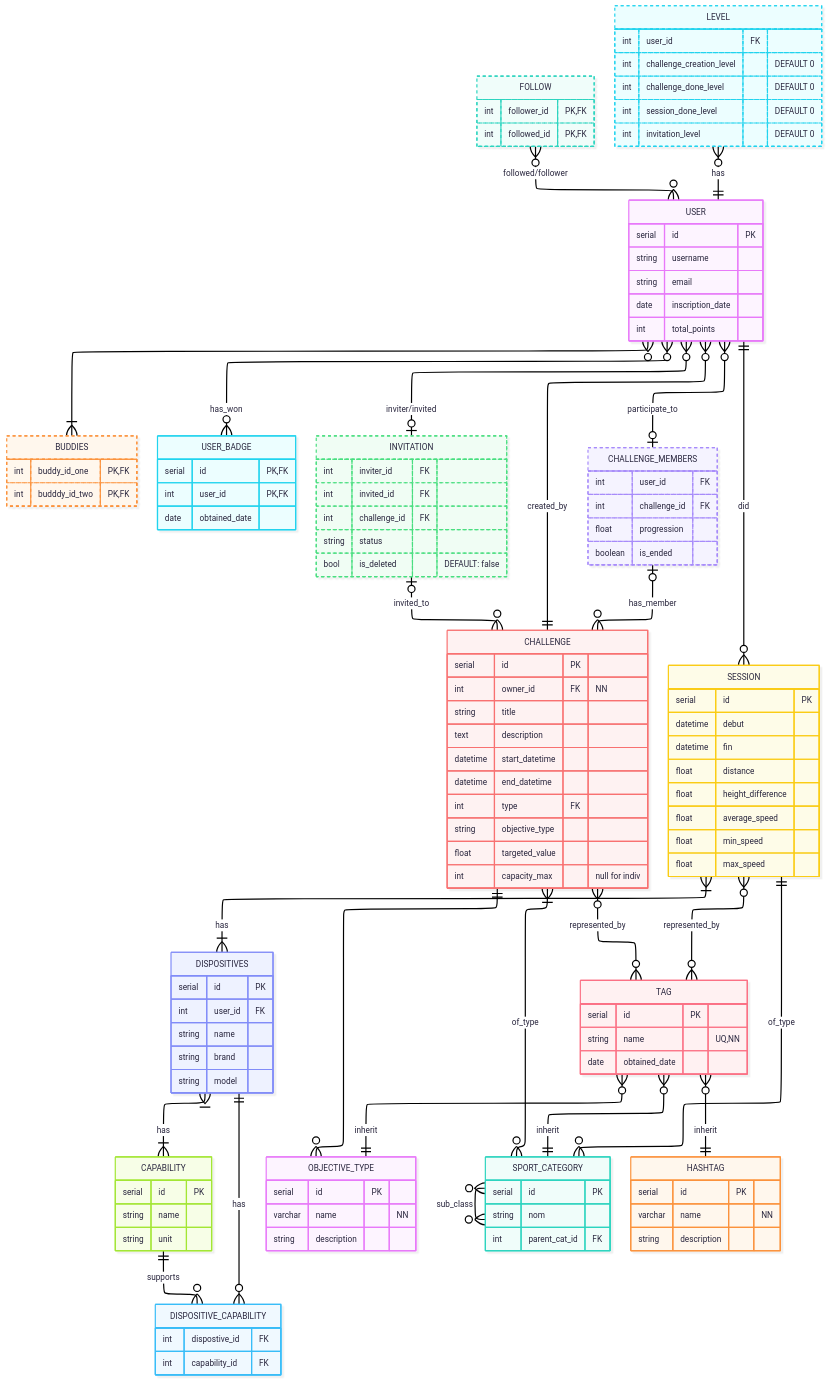
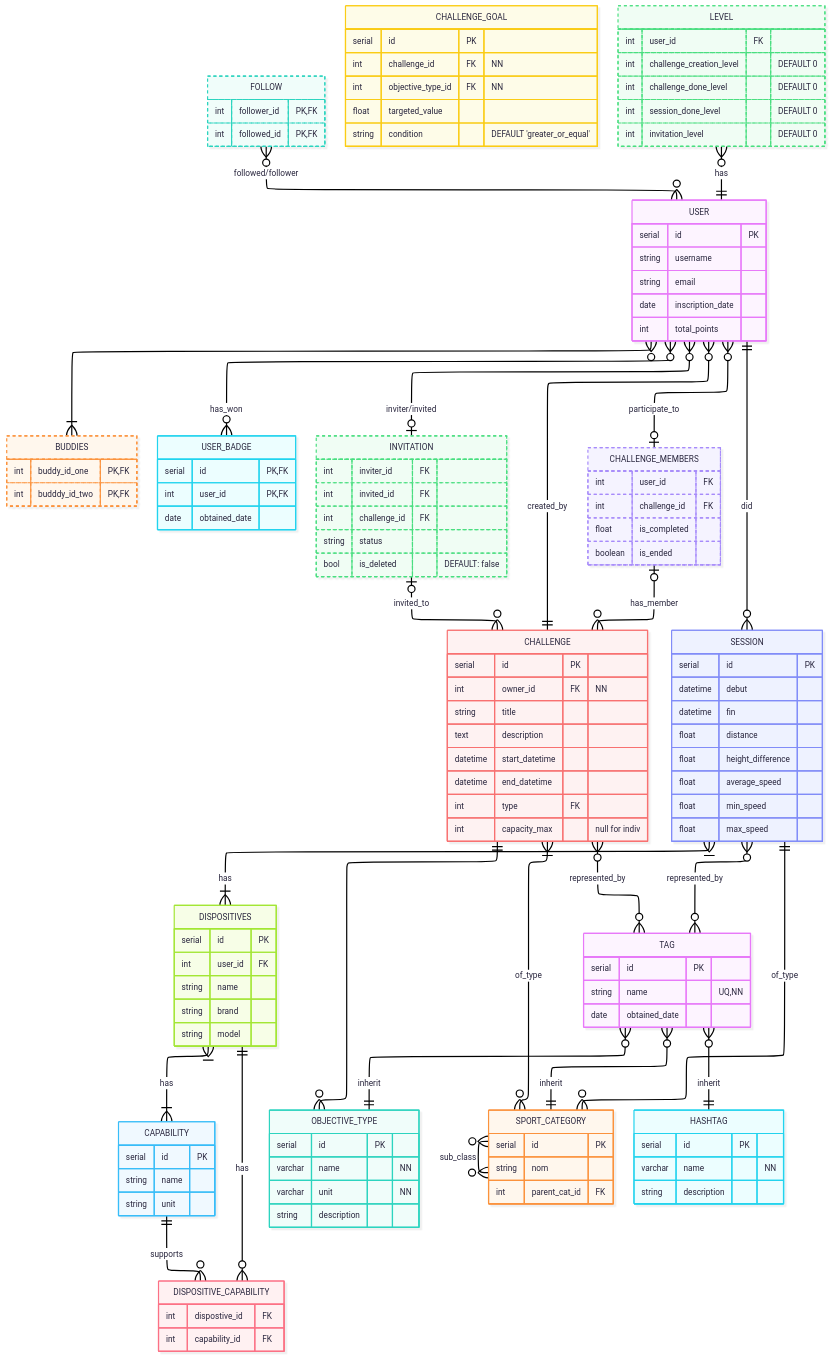
Before and after one commit to pax-projects/college-sql-project-2026: the diagram in docs/diagram.mermaid, drawn with Mermaid. The commit also changed 3 other files, not shown here.

```diff
--- a/docs/diagram.mermaid
+++ b/docs/diagram.mermaid
@@ -1,161 +1,169 @@
 ---
 config:
   look: neo
   layout: elk
   theme: redux-color
 ---
 erDiagram
 	direction TB
 	USER {
 		serial id PK ""  
 		string username  ""  
 		string email  ""  
 		date inscription_date  ""  
 		int total_points  ""  
 	}
 
 	FOLLOW {
 		int follower_id PK,FK ""  
 		int followed_id PK,FK ""  
 	}
 
 	BUDDIES {
 		int buddy_id_one PK,FK ""  
 		int budddy_id_two PK,FK ""  
 	}
 
 	USER_BADGE {
 		serial id PK,FK ""  
 		int user_id PK,FK ""  
 		date obtained_date  ""  
 	}
 
 	INVITATION {
 		int inviter_id FK ""  
 		int invited_id FK ""  
 		int challenge_id FK ""  
 		string status  ""  
 		bool is_deleted  "DEFAULT: false"  
 	}
 
 	CHALLENGE_MEMBERS {
 		int user_id FK ""  
 		int challenge_id FK ""  
-		float progression  ""  
+		float is_completed  ""  
 		boolean is_ended  ""  
 	}
     
 	CHALLENGE {
 		serial id PK ""  
 		int owner_id FK "NN"  
 		string title  ""  
 		text description  ""  
 		datetime start_datetime  ""  
 		datetime end_datetime  ""  
 		int type FK ""  
-		string objective_type  ""  
-		float targeted_value  ""  
 		int capacity_max  "null for indiv"  
 	}
+
+	CHALLENGE_GOAL {
+		serial id PK ""
+		int challenge_id FK "NN"
+		int objective_type_id FK "NN"
+		float targeted_value ""
+		string condition "DEFAULT 'greater_or_equal'"
+	}
+
 
 	SESSION {
 		serial id PK ""  
 		datetime debut  ""  
 		datetime fin  ""  
 		float distance  ""  
 		float height_difference  ""  
 		float average_speed  ""  
 		float min_speed  ""  
 		float max_speed  ""  
 	}
 
 
     DISPOSITIVES {
         serial id PK ""
         int user_id FK ""
         string name ""
         string brand ""
         string model ""
     }
 
     CAPABILITY {
         serial id PK ""
         string name ""
         string unit ""
     }
 
     DISPOSITIVE_CAPABILITY {
         int dispostive_id FK ""
         int capability_id FK ""
     }
 
 	TAG {
 		serial id PK ""  
 		string name  "UQ,NN"  
 		date obtained_date  ""  
 	}
 
 	OBJECTIVE_TYPE {
 		serial id PK ""  
 		varchar name  "NN"  
+		varchar unit "NN"
 		string description  ""  
 	}
 
 	SPORT_CATEGORY {
 		serial id PK ""  
 		string nom  ""  
 		int parent_cat_id FK ""  
 	}
 
 	HASHTAG {
 		serial id PK ""  
 		varchar name  "NN"  
 		string description  ""  
 	}
 
 	LEVEL {
 		int user_id FK ""  
 		int challenge_creation_level  "DEFAULT 0"  
 		int challenge_done_level  "DEFAULT 0"  
 		int session_done_level  "DEFAULT 0"  
 		int invitation_level  "DEFAULT 0"  
 	}
 
 	SPORT_CATEGORY}o--o{SPORT_CATEGORY:"sub_class"
 	CHALLENGE_MEMBERS|o--o{CHALLENGE:"has_member"
 	USER}o--o|INVITATION:"inviter/invited"
 	USER}o--o|CHALLENGE_MEMBERS:"participate_to"
 	USER||--o{SESSION:"did"
 	USER}o--||CHALLENGE:"created_by"
 	USER}o--o{USER_BADGE:"has_won"
 	USER}o--|{BUDDIES:"  "
 	INVITATION|o--o{CHALLENGE:"invited_to"
 	FOLLOW}o--o{USER:"followed/follower"
 	SESSION||--o{SPORT_CATEGORY:"of_type"
 	CHALLENGE}|--o{SPORT_CATEGORY:"of_type"
 	SESSION}o--o{TAG:"represented_by"
 	CHALLENGE}o--o{TAG:"represented_by"
 	CHALLENGE||--o{OBJECTIVE_TYPE:"  "
 	TAG}o--||OBJECTIVE_TYPE:"inherit"
 	TAG}o--||SPORT_CATEGORY:"inherit"
 	TAG}o--||HASHTAG:"inherit"
 	LEVEL}o--||USER:"has"
 	SESSION}|--|{DISPOSITIVES:"has"
 	DISPOSITIVES}|--|{CAPABILITY:"has"
     DISPOSITIVES ||--o{ DISPOSITIVE_CAPABILITY : "has"
     CAPABILITY ||--o{ DISPOSITIVE_CAPABILITY : "supports"
 
 
 	style FOLLOW ::::::::::::::::::::::::::::::::::::::::::::::::::::::stroke-width:4px,stroke-dasharray:5
 	style BUDDIES ::::::::::::::::::::::stroke-width:4px,stroke-dasharray:5
 
 	style INVITATION ::::::stroke-width:4px,stroke-dasharray:5
 	style CHALLENGE_MEMBERS :::::::::::::::::::::::::::::::::::::::::::::::::::::stroke-width:4px,stroke-dasharray:5
 
 	style LEVEL ::::::stroke-width:4px,stroke-dasharray:5
 
 	FOLLOW:::Ash
 	BUDDIES:::Ash
 	INVITATION:::Ash
 	CHALLENGE_MEMBERS:::Ash
 	LEVEL:::Ash
```
